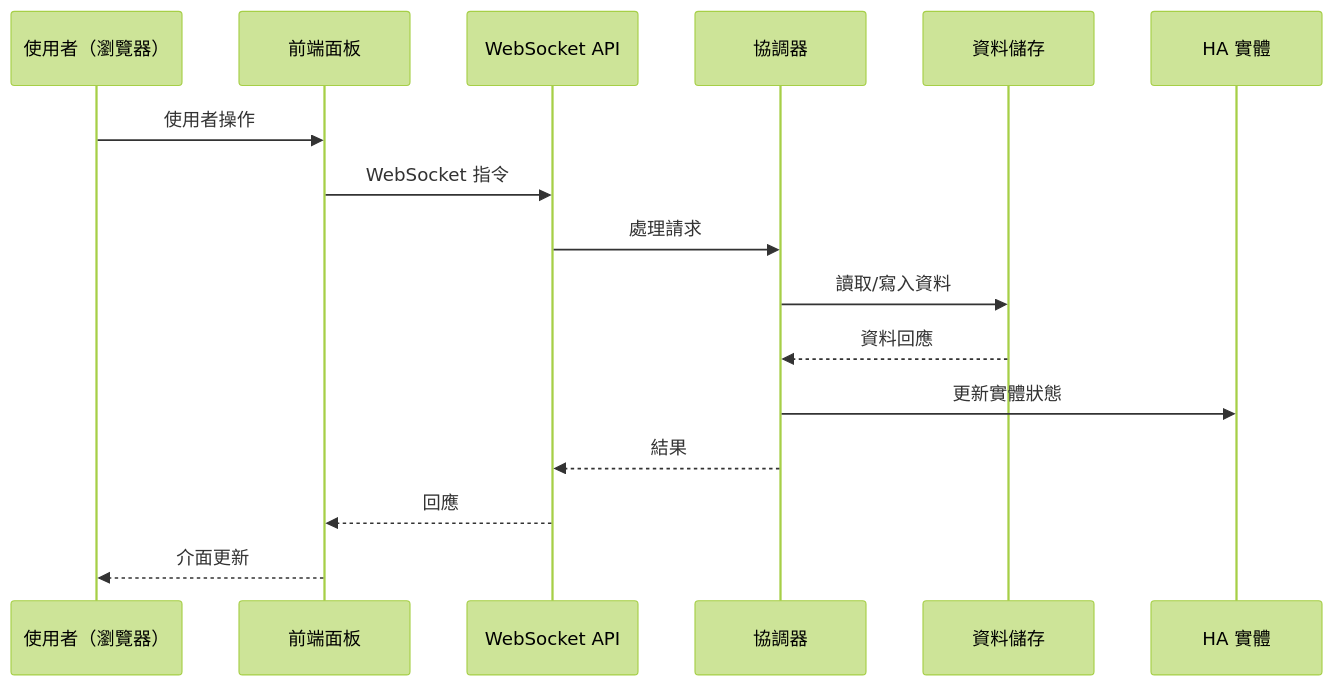
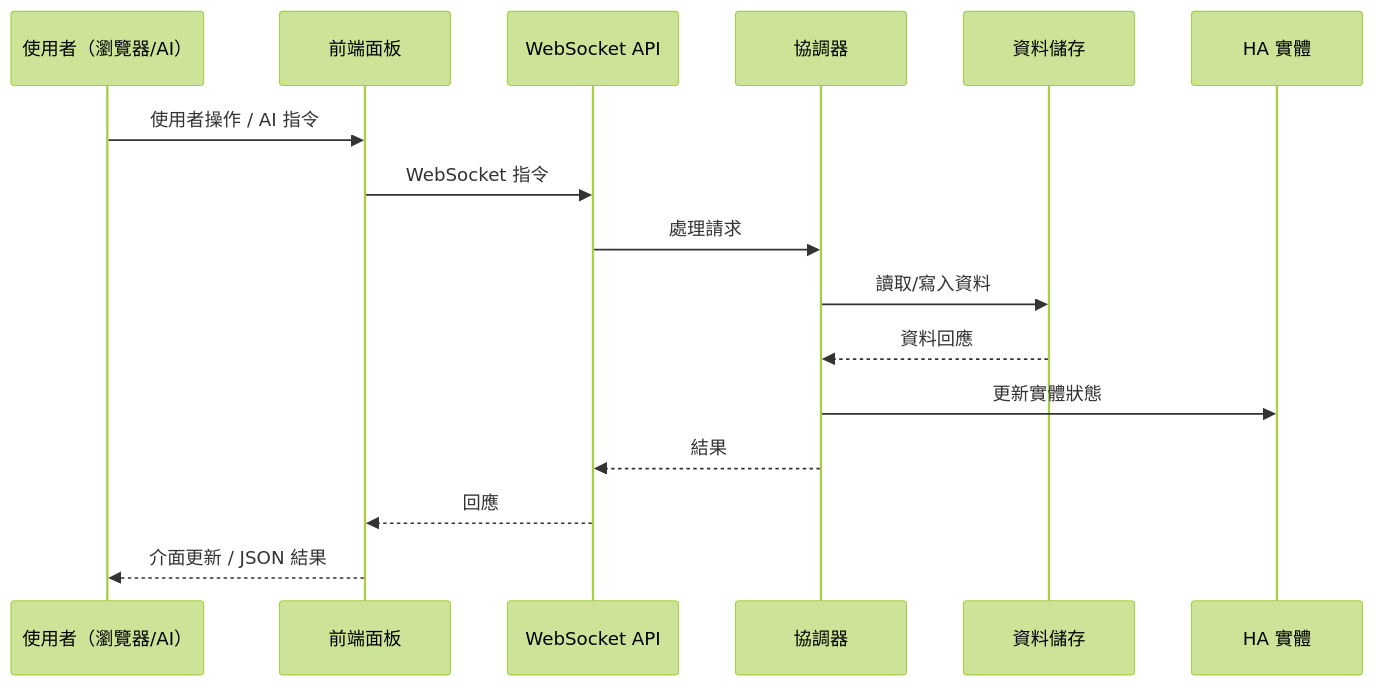
Before and after one commit to WOOWTECH/Woow_ha_records: the second of 2 diagrams in README_zh-TW.md, drawn with Mermaid (forest theme). The commit also changed other lines of this file and 1 other file, not shown here.

````diff
--- a/README_zh-TW.md
+++ b/README_zh-TW.md
@@ -283,19 +2199,19 @@
 ```mermaid
 sequenceDiagram
-    participant U as 使用者（瀏覽器）
+    participant U as 使用者（瀏覽器/AI）
     participant P as 前端面板
     participant W as WebSocket API
     participant C as 協調器
     participant S as 資料儲存
     participant E as HA 實體
 
-    U->>P: 使用者操作
+    U->>P: 使用者操作 / AI 指令
     P->>W: WebSocket 指令
     W->>C: 處理請求
     C->>S: 讀取/寫入資料
     S-->>C: 資料回應
     C->>E: 更新實體狀態
     C-->>W: 結果
     W-->>P: 回應
-    P-->>U: 介面更新
+    P-->>U: 介面更新 / JSON 結果
 ```
````
